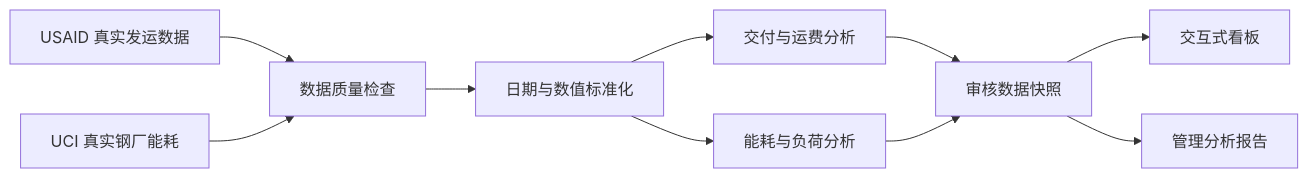
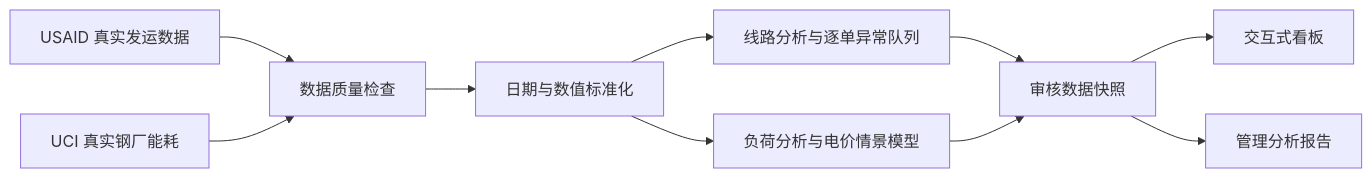
One commit to Ephyra-sy/supply-chain-cost-analysis changed the diagram in README.md. Above: the diagram before and after it, drawn with Mermaid. The commit also changed other lines of this file and 24 other files, not shown here.

````diff
--- a/README.md
+++ b/README.md
@@ -31,12 +36,12 @@
 ```mermaid
 flowchart LR
     A[USAID 真实发运数据] --> C[数据质量检查]
     B[UCI 真实钢厂能耗] --> C
     C --> D[日期与数值标准化]
-    D --> E[交付与运费分析]
-    D --> F[能耗与负荷分析]
+    D --> E[线路分析与逐单异常队列]
+    D --> F[负荷分析与电价情景模型]
     E --> G[审核数据快照]
     F --> G
     G --> H[交互式看板]
     G --> I[管理分析报告]
 ```
````
